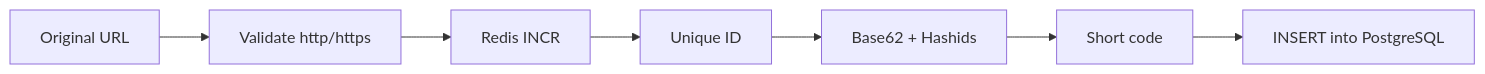
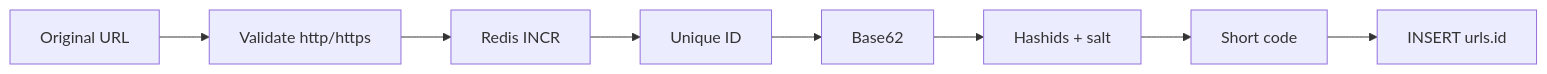
One commit to gianluca-pettenon/url-shortener changed the diagram in README.md. Above: the diagram before and after it, drawn with Mermaid. The commit also changed other lines of this file and 8 other files, not shown here.

````diff
--- a/README.md
+++ b/README.md
@@ -7,9 +7,10 @@
 ```mermaid
 flowchart LR
     A[Original URL] --> B[Validate http/https]
     B --> C[Redis INCR]
     C --> D[Unique ID]
-    D --> E[Base62 + Hashids]
-    E --> F[Short code]
-    F --> G[INSERT into PostgreSQL]
+    D --> E[Base62]
+    E --> F[Hashids + salt]
+    F --> G[Short code]
+    G --> H[INSERT urls.id]
 ```
````
